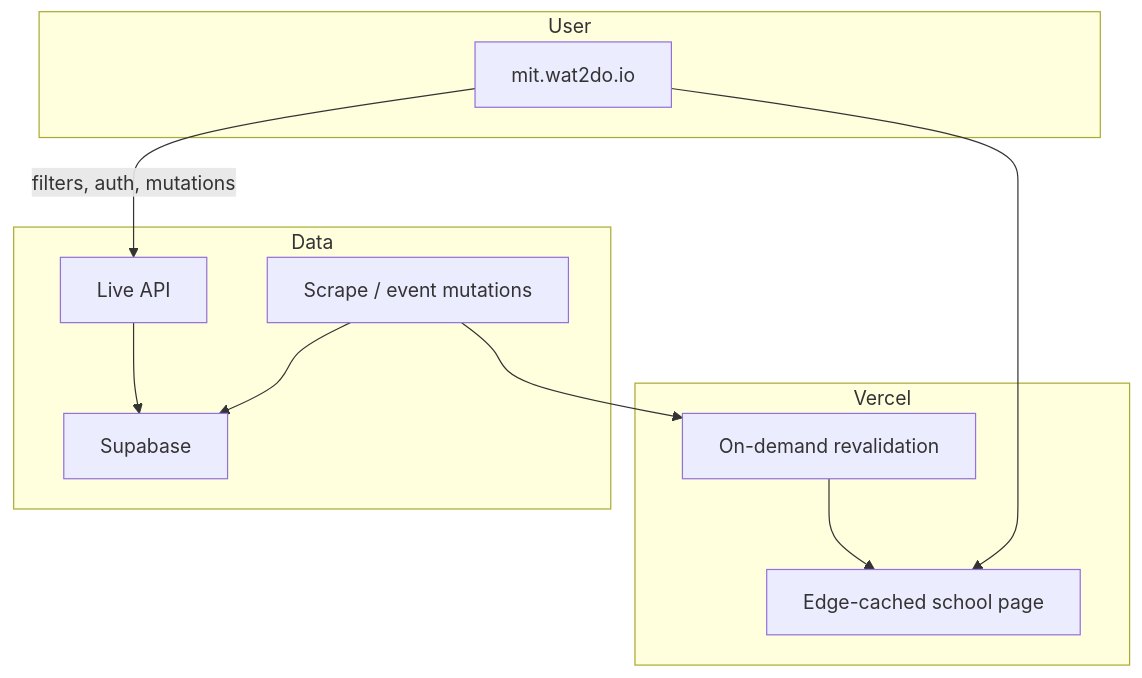
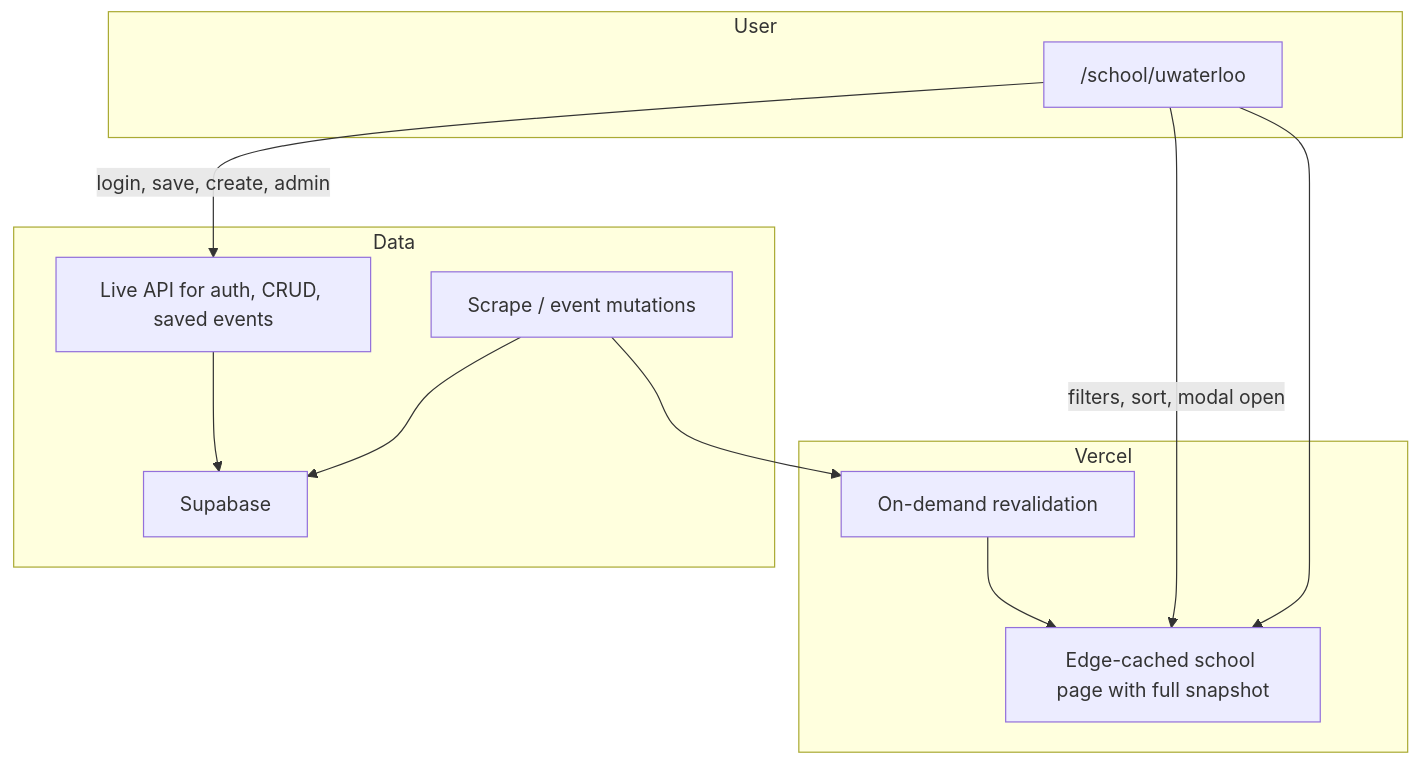
The diagram in EVENT_FEED_CACHING.md (wat2dov2/wat2do-ui), drawn with Mermaid before and after one commit. The commit also changed other lines of this file and 26 other files, not shown here.

First line of the commit message:
Serve school event feed from embedded snapshot and drop click counts.

````diff
--- a/EVENT_FEED_CACHING.md
+++ b/EVENT_FEED_CACHING.md
@@ -40,24 +42,25 @@
 ```mermaid
 flowchart TB
   subgraph User
-    Visit["mit.wat2do.io"]
+    Visit["/school/uwaterloo"]
   end
 
   subgraph Vercel
-    Edge["Edge-cached school page"]
+    Edge["Edge-cached school page with full snapshot"]
     Reval["On-demand revalidation"]
   end
 
   subgraph Data
     Scrape["Scrape / event mutations"]
     DB["Supabase"]
-    API["Live API"]
+    API["Live API for auth, CRUD, saved events"]
   end
 
   Visit --> Edge
-  Visit -->|"filters, auth, mutations"| API
+  Visit -->|"filters, sort, modal open"| Edge
+  Visit -->|"login, save, create, admin"| API
   Scrape --> DB
   Scrape --> Reval
   Reval --> Edge
   API --> DB
 ```
````
